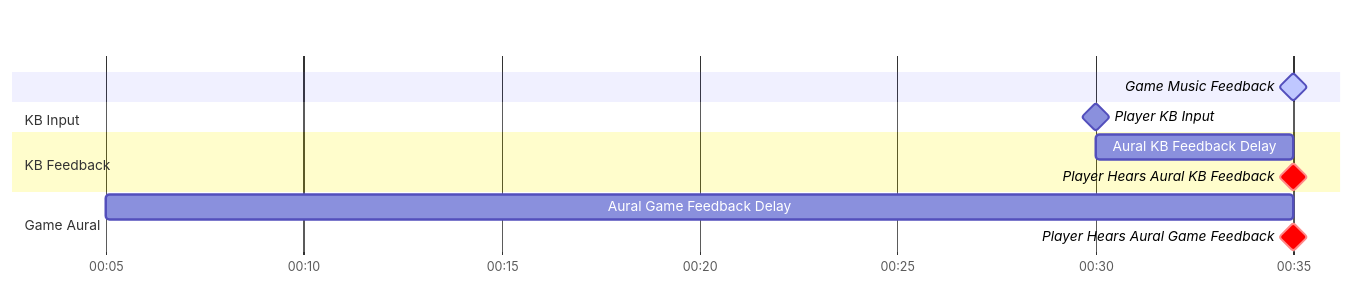
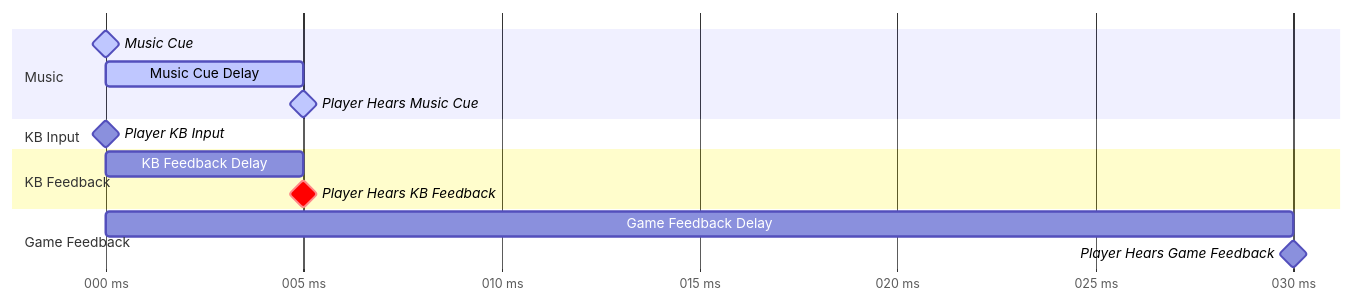
The fourth of 12 diagrams in _posts/2024-10-04-hitsounds.md (Eve-ning/Eve-ning.github.io), drawn with Mermaid before and after one commit. The commit also changed other lines of this file, not shown here.

````diff
--- a/_posts/2024-10-04-hitsounds.md
+++ b/_posts/2024-10-04-hitsounds.md
@@ -173,17 +195,22 @@
 ```mermaid
 gantt
-  dateFormat mm:ss
-  axisFormat %M:%S
+  dateFormat SSS
+  axisFormat %L ms
+  tickInterval 5millisecond
 
-  Game Music Feedback: active, milestone, 00:35,
+  section Music
+    Music Cue: active, milestone, 000,
+    Music Cue Delay: active, 000, 005
+    Player Hears Music Cue: active, milestone, 005,
+
   section KB Input
-    Player KB Input: milestone, 00:30,
+    Player KB Input: milestone, 000,
 
   section KB Feedback
-    Aural KB Feedback Delay: 00:30, 00:35
-    Player Hears Aural KB Feedback: crit, milestone, 00:35,
+    KB Feedback Delay: 000, 005
+    Player Hears KB Feedback: crit, milestone, 005,
 
-  section Game Aural
-    Aural Game Feedback Delay: 00:05, 00:35
-    Player Hears Aural Game Feedback: crit, milestone, 00:35,
+  section Game Feedback
+    Game Feedback Delay: 000, 030
+    Player Hears Game Feedback: milestone, 030,
 ```
````
